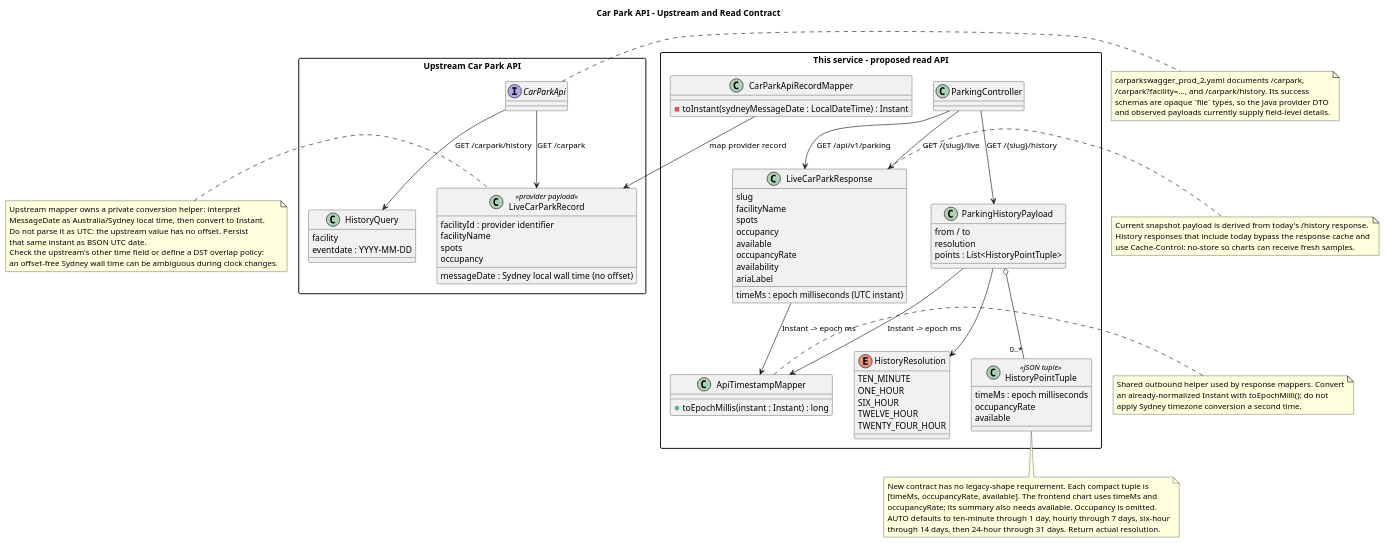
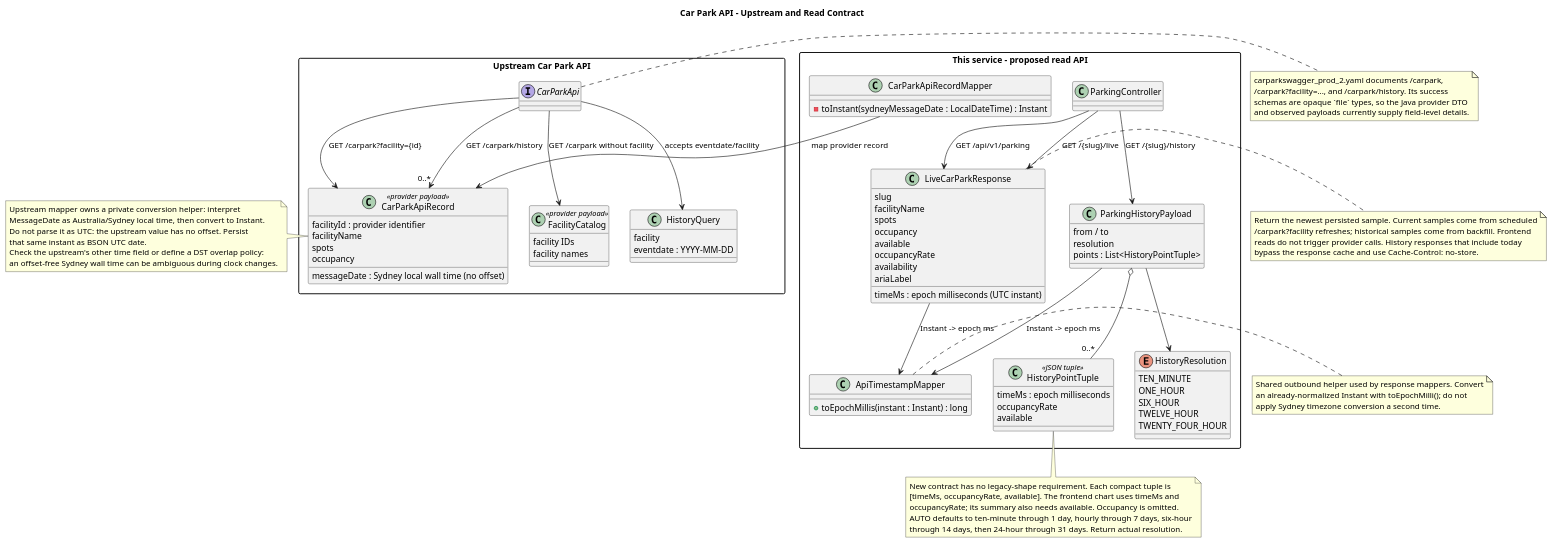
The diagram in domain/models/carpark-api.puml (Ethan-Singh/metro-parking-web-service), drawn with PlantUML before and after one commit. The commit also changed 24 other files, not shown here.

```diff
--- a/domain/models/carpark-api.puml
+++ b/domain/models/carpark-api.puml
@@ -1,104 +1,111 @@
 @startuml
 title Car Park API - Upstream and Read Contract
 skinparam packageStyle rectangle
 
 package "Upstream Car Park API" {
   interface CarParkApi
-  class LiveCarParkRecord <<provider payload>> {
+  class FacilityCatalog <<provider payload>> {
+    facility IDs
+    facility names
+  }
+  class CarParkApiRecord <<provider payload>> {
     facilityId : provider identifier
     facilityName
     spots
     occupancy
     messageDate : Sydney local wall time (no offset)
   }
   class HistoryQuery {
     facility
     eventdate : YYYY-MM-DD
   }
-  CarParkApi --> LiveCarParkRecord : GET /carpark
-  CarParkApi --> HistoryQuery : GET /carpark/history
+  CarParkApi --> FacilityCatalog : GET /carpark without facility
+  CarParkApi --> CarParkApiRecord : GET /carpark?facility={id}
+  CarParkApi --> HistoryQuery : accepts eventdate/facility
+  CarParkApi --> "0..*" CarParkApiRecord : GET /carpark/history
 }
 
 package "This service - proposed read API" {
   class LiveCarParkResponse {
     slug
     facilityName
     spots
     occupancy
     available
     occupancyRate
     availability
     timeMs : epoch milliseconds (UTC instant)
     ariaLabel
   }
   class ParkingHistoryPayload {
     from / to
     resolution
     points : List<HistoryPointTuple>
   }
   enum HistoryResolution {
     TEN_MINUTE
     ONE_HOUR
     SIX_HOUR
     TWELVE_HOUR
     TWENTY_FOUR_HOUR
   }
   class HistoryPointTuple <<JSON tuple>> {
     timeMs : epoch milliseconds
     occupancyRate
     available
   }
 
   class ParkingController
   class CarParkApiRecordMapper {
     - toInstant(sydneyMessageDate : LocalDateTime) : Instant
   }
   class ApiTimestampMapper {
     + toEpochMillis(instant : Instant) : long
   }
   ParkingController --> LiveCarParkResponse : GET /api/v1/parking
-  CarParkApiRecordMapper --> LiveCarParkRecord : map provider record
+  CarParkApiRecordMapper --> CarParkApiRecord : map provider record
   ParkingController --> LiveCarParkResponse : GET /{slug}/live
   ParkingController --> ParkingHistoryPayload : GET /{slug}/history
   LiveCarParkResponse --> ApiTimestampMapper : Instant -> epoch ms
   ParkingHistoryPayload --> ApiTimestampMapper : Instant -> epoch ms
   ParkingHistoryPayload o-- "0..*" HistoryPointTuple
   ParkingHistoryPayload --> HistoryResolution
 }
 
 note bottom of HistoryPointTuple
   New contract has no legacy-shape requirement. Each compact tuple is
   [timeMs, occupancyRate, available]. The frontend chart uses timeMs and
   occupancyRate; its summary also needs available. Occupancy is omitted.
   AUTO defaults to ten-minute through 1 day, hourly through 7 days, six-hour
   through 14 days, then 24-hour through 31 days. Return actual resolution.
 end note
 
-note left of LiveCarParkRecord
+note left of CarParkApiRecord
   Upstream mapper owns a private conversion helper: interpret
   MessageDate as Australia/Sydney local time, then convert to Instant.
   Do not parse it as UTC: the upstream value has no offset. Persist
   that same instant as BSON UTC date.
   Check the upstream's other time field or define a DST overlap policy:
   an offset-free Sydney wall time can be ambiguous during clock changes.
 end note
 
 note right of ApiTimestampMapper
   Shared outbound helper used by response mappers. Convert
   an already-normalized Instant with toEpochMilli(); do not
   apply Sydney timezone conversion a second time.
 end note
 
 note right of CarParkApi
   carparkswagger_prod_2.yaml documents /carpark,
   /carpark?facility=..., and /carpark/history. Its success
   schemas are opaque `file` types, so the Java provider DTO
   and observed payloads currently supply field-level details.
 end note
 
 note right of LiveCarParkResponse
-  Current snapshot payload is derived from today's /history response.
-  History responses that include today bypass the response cache and
-  use Cache-Control: no-store so charts can receive fresh samples.
+  Return the newest persisted sample. Current samples come from scheduled
+  /carpark?facility refreshes; historical samples come from backfill. Frontend
+  reads do not trigger provider calls. History responses that include today
+  bypass the response cache and use Cache-Control: no-store.
 end note
 @enduml
```
